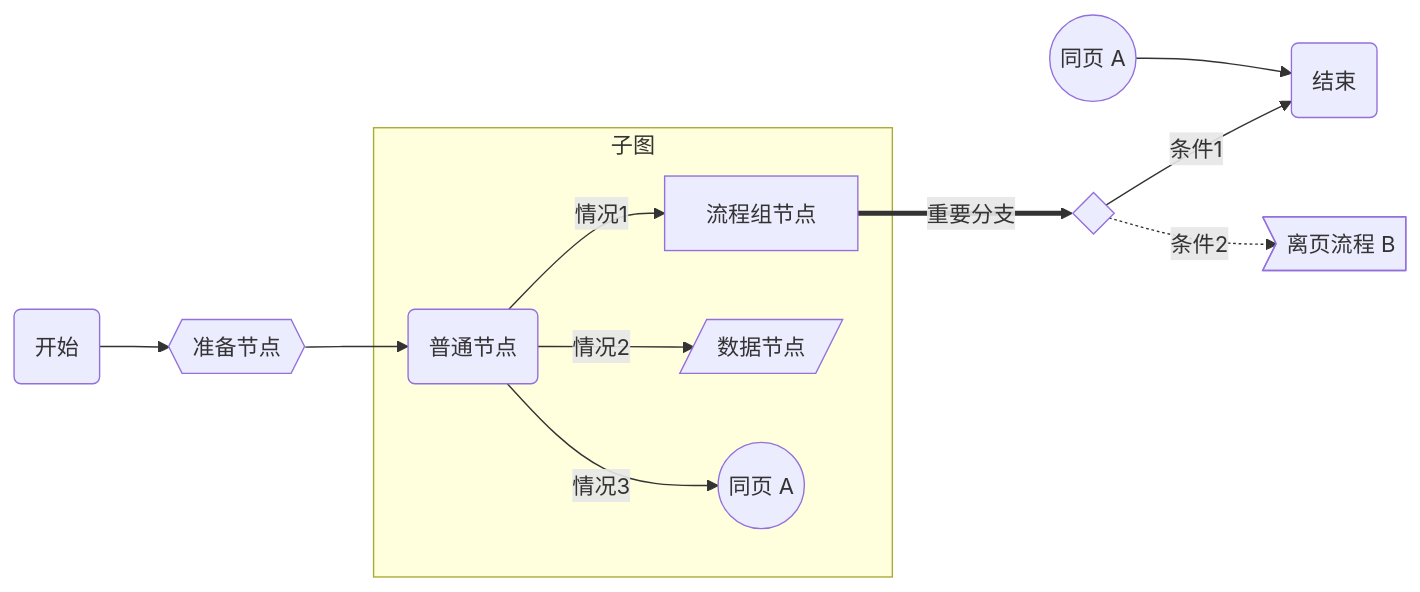
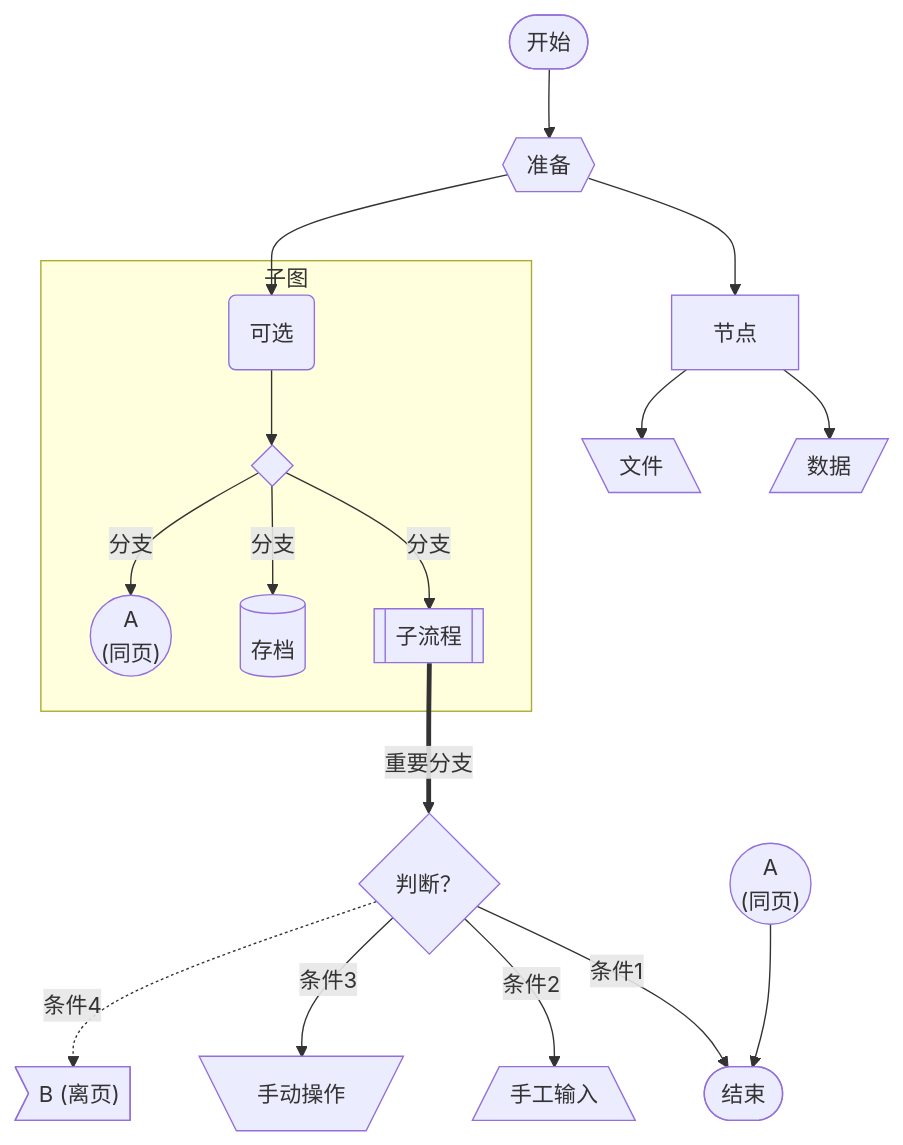
The first of 5 diagrams in released/demo/guide.md (MadMaxChow/VLOOK), drawn with Mermaid before and after one commit. The commit also changed other lines of this file and 69 other files, not shown here.

````diff
--- a/released/demo/guide.md
+++ b/released/demo/guide.md
@@ -1999,23 +2194,29 @@
 ```mermaid
-graph LR
+graph TB
 %% 图的方向说明
 %% LR：从左到图，RL：从右到左，TB：从上到下，BT：从下到上
 
-START(开始) --> hex1{{准备节点}}
-hex1 --> node1(普通节点)
+%% 连续连接
+START([开始]) --> pre1{{准备}} --> node2[节点]
+pre1 --> node1(可选)
 subgraph 子图
-	node1 --> |情况1|groud1[流程组节点]
-	node1 --> |情况2|data1[/数据节点/]
-	%% node1 --> |情况2|clickable(可点击查看状态图)
+	%% 一对多
+	node1 --> join1{ }
+	join1 --> |分支|groud1[[子流程]] & database[(存档)] & inpage1(("A<br>(同页)"))
   %% click clickable "#Mermaid 的状态图"
-  node1 --> |情况3|A1((同页 A))
 end
+
+node2 --> data1[/数据/]
+node2 --> data2[\文件\]
 
 %% this is a comment
 
-groud1 ==> |重要分支|cond1{ }
+groud1 ==> |重要分支|cond1{"判断？"}
 cond1 --> |条件1|END
-cond1 -.-> |条件2|page2>离页流程 B]
-A2((同页 A)) --> END
-END(结束)
+cond1 --> |条件2|B[/手工输入\]
+cond1 --> |条件3|B2[\手动操作/]
+cond1 -.-> |条件4|outpage2>"B (离页)"]
+
+inpage2(("A<br>(同页)")) --> END
+END([结束])
 ```
````
